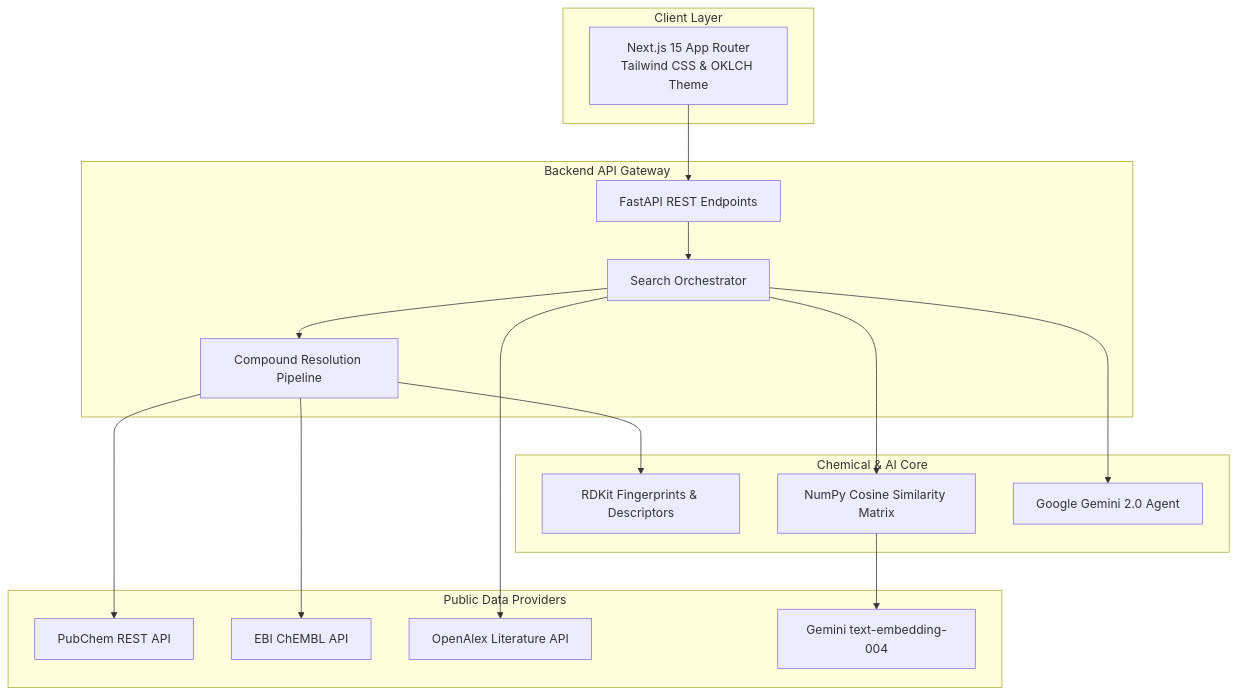
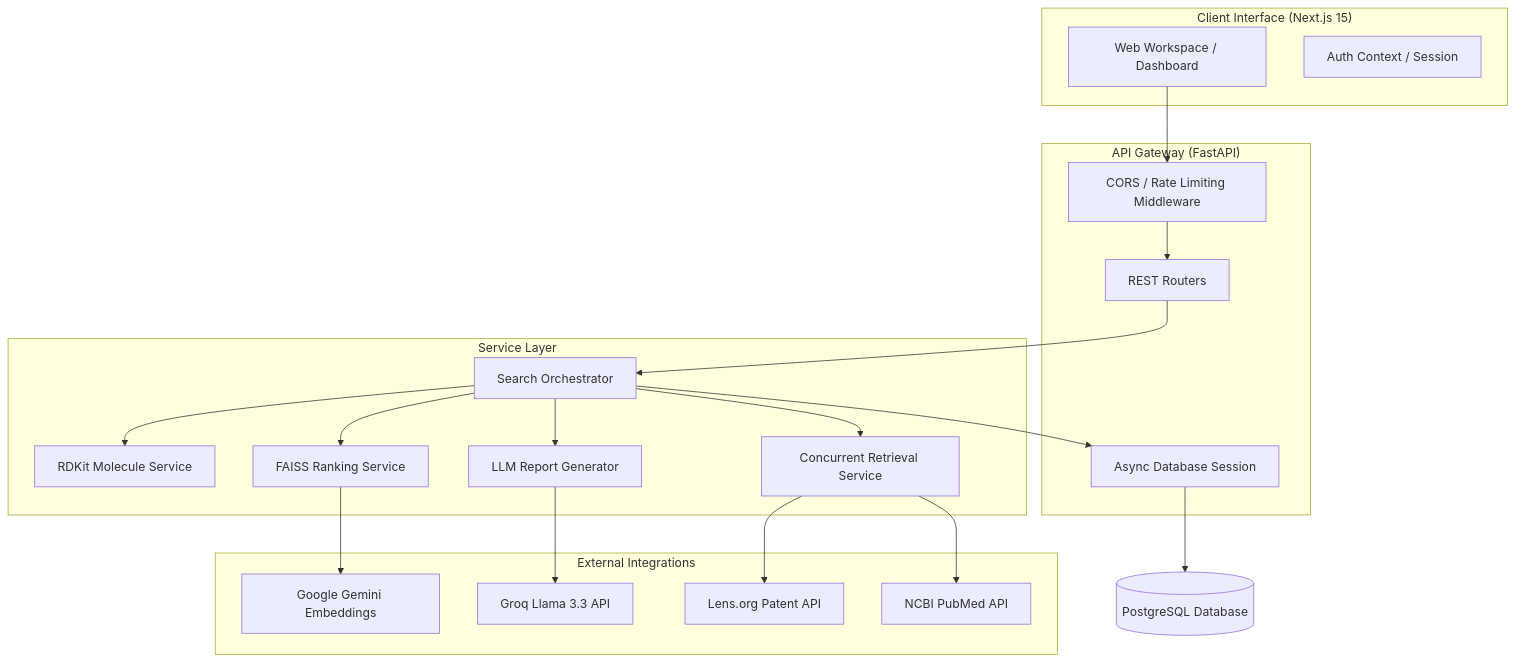
The second of 4 diagrams in README.md (VahiniMuttineni/Patent-Pilot-AI), drawn with Mermaid before and after one commit. The commit also changed other lines of this file, not shown here.

````diff
--- a/README.md
+++ b/README.md
@@ -22,36 +131,44 @@
 ```mermaid
-graph TD
-    subgraph client ["Client Layer"]
-        UI["Next.js 15 App Router<br/>Tailwind CSS & OKLCH Theme"]
+flowchart TB
+    subgraph Client ["Client Interface (Next.js 15)"]
+        UI["Web Workspace / Dashboard"]
+        AuthContext["Auth Context / Session"]
     end
 
-    subgraph gateway ["Backend API Gateway"]
-        Router["FastAPI REST Endpoints"]
-        Orchestrator["Search Orchestrator"]
-        CompoundResolver["Compound Resolution Pipeline"]
+    subgraph BackendGateway ["API Gateway (FastAPI)"]
+        Router["REST Routers"]
+        Middleware["CORS / Rate Limiting Middleware"]
+        DbSession["Async Database Session"]
     end
 
-    subgraph engine ["Chemical & AI Core"]
-        RDKit["RDKit Fingerprints & Descriptors"]
-        NumPy["NumPy Cosine Similarity Matrix"]
-        LLM["Google Gemini 2.0 Agent"]
+    subgraph ServiceLayer ["Service Layer"]
+        Orchestrator["Search Orchestrator"]
+        MoleculeSvc["RDKit Molecule Service"]
+        RetrievalSvc["Concurrent Retrieval Service"]
+        RankingSvc["FAISS Ranking Service"]
+        ReportGen["LLM Report Generator"]
     end
 
-    subgraph external ["Public Data Providers"]
-        PubChem["PubChem REST API"]
-        ChEMBL["EBI ChEMBL API"]
-        OpenAlex["OpenAlex Literature API"]
-        GeminiEmbeddings["Gemini text-embedding-004"]
+    subgraph CloudLayer ["External Integrations"]
+        GeminiEmb["Google Gemini Embeddings"]
+        Groq["Groq Llama 3.3 API"]
+        Lens["Lens.org Patent API"]
+        NCBI["NCBI PubMed API"]
     end
 
-    UI --> Router
+    UI --> Middleware
+    Middleware --> Router
     Router --> Orchestrator
-    Orchestrator --> CompoundResolver
-    CompoundResolver --> RDKit
-    CompoundResolver --> PubChem
-    CompoundResolver --> ChEMBL
-    Orchestrator --> OpenAlex
-    Orchestrator --> NumPy
-    NumPy --> GeminiEmbeddings
-    Orchestrator --> LLM
+    Orchestrator --> MoleculeSvc
+    Orchestrator --> RetrievalSvc
+    Orchestrator --> RankingSvc
+    Orchestrator --> ReportGen
+    
+    RetrievalSvc --> Lens
+    RetrievalSvc --> NCBI
+    RankingSvc --> GeminiEmb
+    ReportGen --> Groq
+    
+    DbSession --> PostgreSQL[("PostgreSQL Database")]
+    Orchestrator --> DbSession
 ```
````
